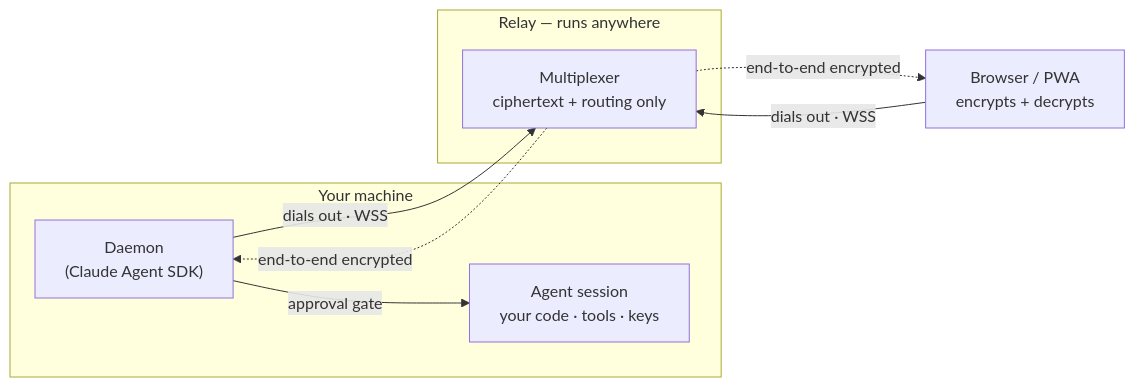
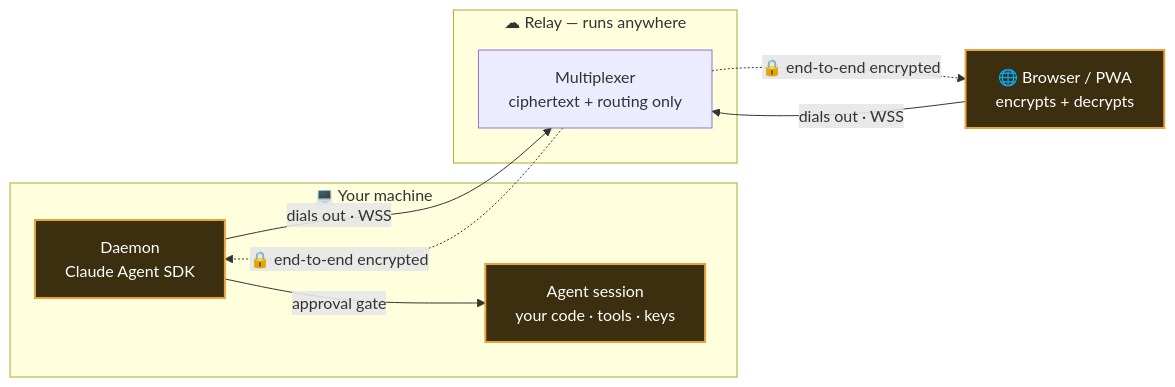
Before and after one commit to PouyanJay/telecode: the diagram in README.md, drawn with Mermaid. The commit also changed other lines of this file and 4 other files, not shown here.

````diff
--- a/README.md
+++ b/README.md
@@ -30,17 +52,20 @@
 ```mermaid
 flowchart LR
-    subgraph machine["Your machine"]
-        D["Daemon<br/>(Claude Agent SDK)"]
+    subgraph machine["💻 Your machine"]
+        D["Daemon<br/>Claude Agent SDK"]
         A["Agent session<br/>your code · tools · keys"]
         D -->|"approval gate"| A
     end
-    subgraph cloud["Relay — runs anywhere"]
+    subgraph cloud["☁ Relay — runs anywhere"]
         R["Multiplexer<br/>ciphertext + routing only"]
     end
-    B["Browser / PWA<br/>encrypts + decrypts"]
+    B["🌐 Browser / PWA<br/>encrypts + decrypts"]
 
     B -->|"dials out · WSS"| R
     D -->|"dials out · WSS"| R
-    R -.->|"end-to-end encrypted"| B
-    R -.->|"end-to-end encrypted"| D
+    R -.->|"🔒 end-to-end encrypted"| B
+    R -.->|"🔒 end-to-end encrypted"| D
+
+    classDef ends fill:#3b2f10,stroke:#e8a33d,stroke-width:2px,color:#fff;
+    class B,D,A ends
 ```
````
